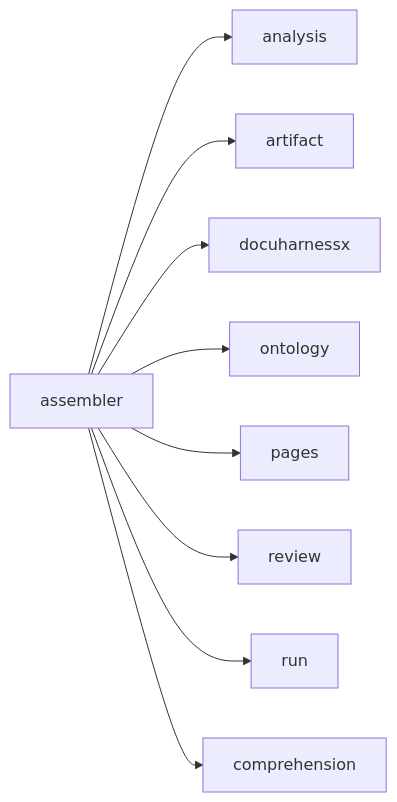
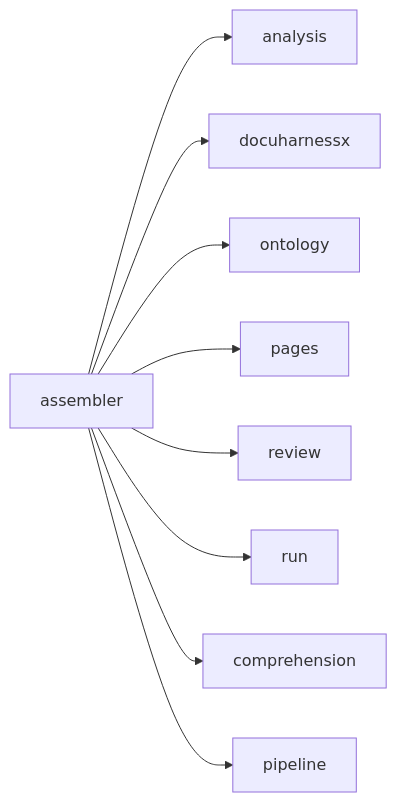
One commit to norandom/DocuHarnessX changed the fourth of 30 diagrams in docs/glossary.md. Above: the diagram before and after it, drawn with Mermaid. The commit also changed other lines of this file and 7 other files, not shown here.

````diff
--- a/docs/glossary.md
+++ b/docs/glossary.md
@@ -166,20 +128,20 @@
 ```mermaid
 flowchart LR
   here["assembler"]
   r0["analysis"]
   here --> r0
-  r1["artifact"]
+  r1["docuharnessx"]
   here --> r1
-  r2["docuharnessx"]
+  r2["ontology"]
   here --> r2
-  r3["ontology"]
+  r3["pages"]
   here --> r3
-  r4["pages"]
+  r4["review"]
   here --> r4
-  r5["review"]
+  r5["run"]
   here --> r5
-  r6["run"]
+  r6["comprehension"]
   here --> r6
-  r7["comprehension"]
+  r7["pipeline"]
   here --> r7
 ```
````
